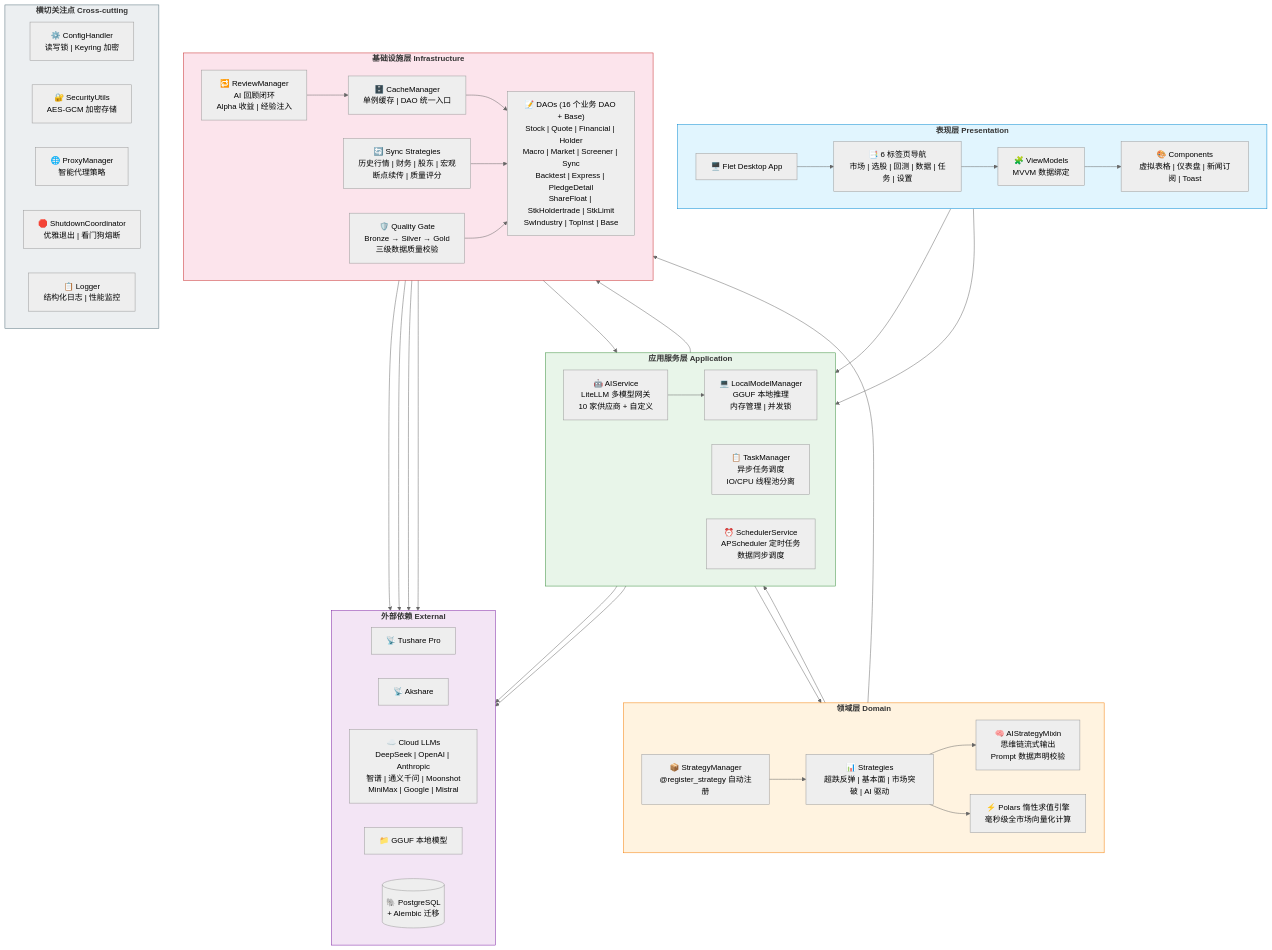
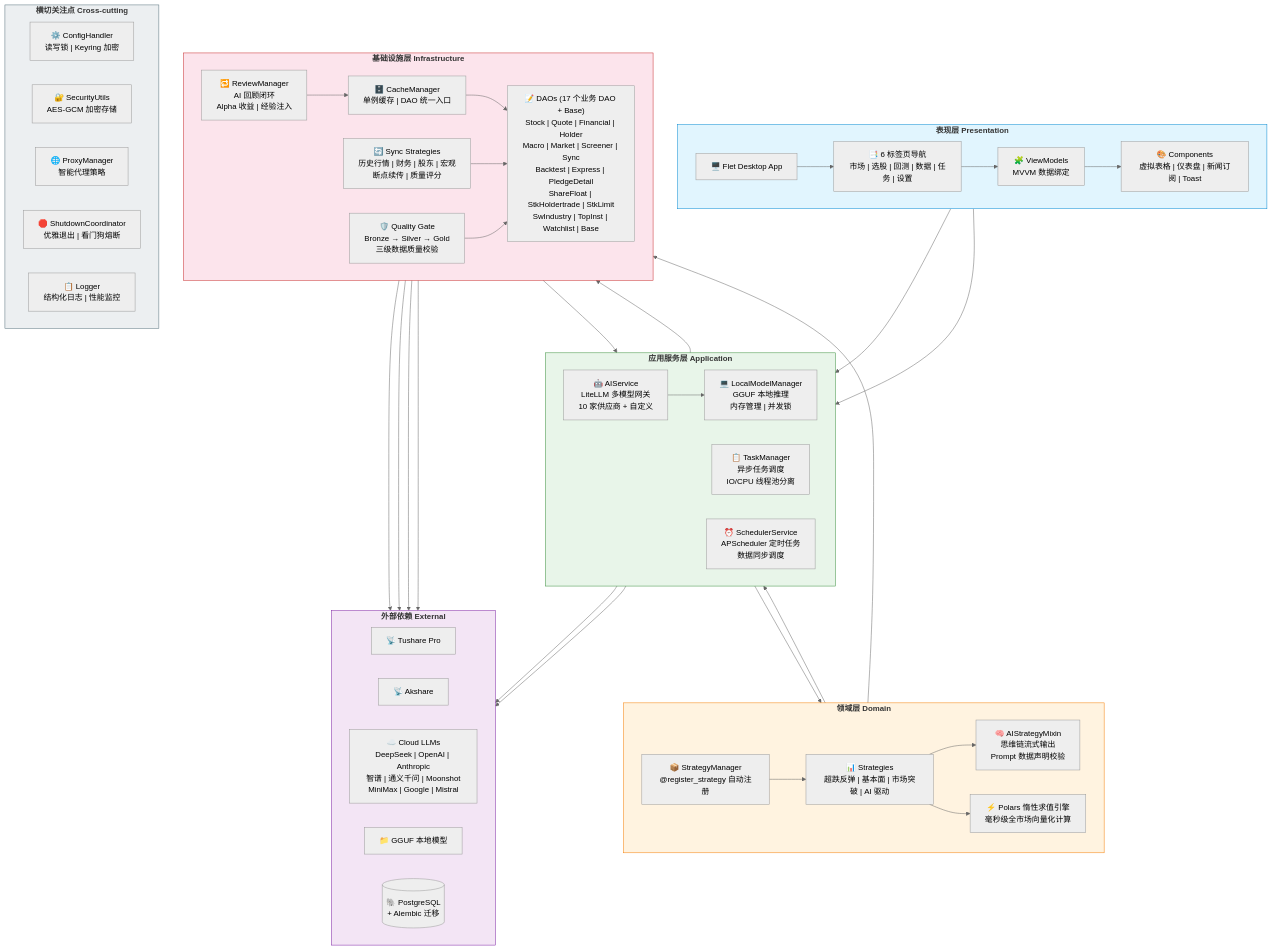
Before and after one commit to shi00/qTrading: the diagram in README.md, drawn with Mermaid (neutral theme). The commit also changed 4 other files, not shown here.

First line of the commit message:
fix(docs/i18n): watchlist 表 i18n key 补全 + README DAO 计数对齐 (Task 4.2 PR#360 CI fix)

````diff
--- a/README.md
+++ b/README.md
@@ -329,81 +329,81 @@
 ```mermaid
 graph TB
     subgraph PRESENTATION["<b>表现层 Presentation</b>"]
         direction LR
         APP["🖥️ Flet Desktop App"]
         TABS["📑 6 标签页导航<br/>市场 | 选股 | 回测 | 数据 | 任务 | 设置"]
         VM["🧩 ViewModels<br/>MVVM 数据绑定"]
         COMP["🎨 Components<br/>虚拟表格 | 仪表盘 | 新闻订阅 | Toast"]
         APP --> TABS --> VM --> COMP
     end
 
     subgraph APPLICATION["<b>应用服务层 Application</b>"]
         direction LR
         AI["🤖 AIService<br/>LiteLLM 多模型网关<br/>10 家供应商 + 自定义"]
         TASK["📋 TaskManager<br/>异步任务调度<br/>IO/CPU 线程池分离"]
         LOCAL["💻 LocalModelManager<br/>GGUF 本地推理<br/>内存管理 | 并发锁"]
         SCHED["⏰ SchedulerService<br/>APScheduler 定时任务<br/>数据同步调度"]
     end
 
     subgraph DOMAIN["<b>领域层 Domain</b>"]
         direction LR
         REG["📦 StrategyManager<br/>@register_strategy 自动注册"]
         STG["📊 Strategies<br/>超跌反弹 | 基本面 | 市场突破 | AI 驱动"]
         MIX["🧠 AIStrategyMixin<br/>思维链流式输出<br/>Prompt 数据声明校验"]
         POLARS["⚡ Polars 惰性求值引擎<br/>毫秒级全市场向量化计算"]
         REG --> STG --> MIX
         STG --> POLARS
     end
 
     subgraph INFRA["<b>基础设施层 Infrastructure</b>"]
         direction LR
         CACHE["🗄️ CacheManager<br/>单例缓存 | DAO 统一入口"]
-        DAOS["📝 DAOs (16 个业务 DAO + Base)<br/>Stock | Quote | Financial | Holder<br/>Macro | Market | Screener | Sync<br/>Backtest | Express | PledgeDetail<br/>ShareFloat | StkHoldertrade | StkLimit<br/>SwIndustry | TopInst | Base"]
+        DAOS["📝 DAOs (17 个业务 DAO + Base)<br/>Stock | Quote | Financial | Holder<br/>Macro | Market | Screener | Sync<br/>Backtest | Express | PledgeDetail<br/>ShareFloat | StkHoldertrade | StkLimit<br/>SwIndustry | TopInst | Watchlist | Base"]
         SYNC["🔄 Sync Strategies<br/>历史行情 | 财务 | 股东 | 宏观<br/>断点续传 | 质量评分"]
         QUALITY["🛡️ Quality Gate<br/>Bronze → Silver → Gold<br/>三级数据质量校验"]
         REVIEW["🔁 ReviewManager<br/>AI 回顾闭环<br/>Alpha 收益 | 经验注入"]
         CACHE --> DAOS
         SYNC --> DAOS
         QUALITY --> DAOS
         REVIEW --> CACHE
     end
 
     subgraph EXTERNAL["<b>外部依赖 External</b>"]
         direction LR
         TUSHARE["📡 Tushare Pro"]
         AKSHARE["📡 Akshare"]
         CLOUD_LLM["☁️ Cloud LLMs<br/>DeepSeek | OpenAI | Anthropic<br/>智谱 | 通义千问 | Moonshot<br/>MiniMax | Google | Mistral"]
         GGUF["📁 GGUF 本地模型"]
         PG[("🐘 PostgreSQL<br/>+ Alembic 迁移")]
     end
 
     subgraph CROSS["<b>横切关注点 Cross-cutting</b>"]
         direction LR
         CONFIG["⚙️ ConfigHandler<br/>读写锁 | Keyring 加密"]
         SECURITY["🔐 SecurityUtils<br/>AES-GCM 加密存储"]
         PROXY["🌐 ProxyManager<br/>智能代理策略"]
         SHUTDOWN["🛑 ShutdownCoordinator<br/>优雅退出 | 看门狗熔断"]
         LOG["📋 Logger<br/>结构化日志 | 性能监控"]
     end
 
     VM --> AI
     VM --> TASK
     TASK --> STG
     MIX --> AI
     AI --> CLOUD_LLM
     AI --> LOCAL --> GGUF
     STG --> CACHE
     DAOS --> PG
     SYNC --> TUSHARE
     SYNC --> AKSHARE
     SCHED --> SYNC
     REVIEW --> AI
     REVIEW --> PG
 
     style PRESENTATION fill:#e1f5fe,stroke:#0288d1
     style APPLICATION fill:#e8f5e9,stroke:#388e3c
     style DOMAIN fill:#fff3e0,stroke:#f57c00
     style INFRA fill:#fce4ec,stroke:#c62828
     style EXTERNAL fill:#f3e5f5,stroke:#7b1fa2
     style CROSS fill:#eceff1,stroke:#546e7a
 ```
````
